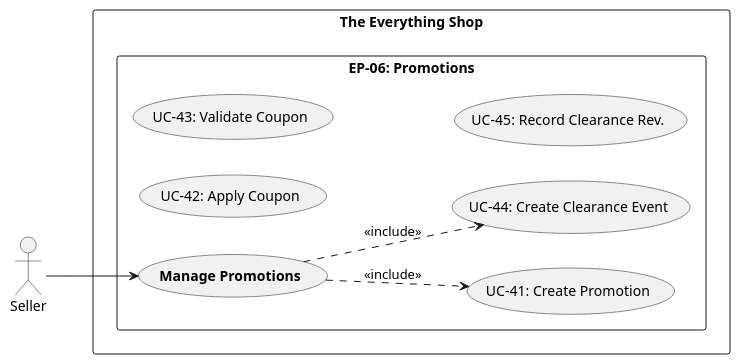
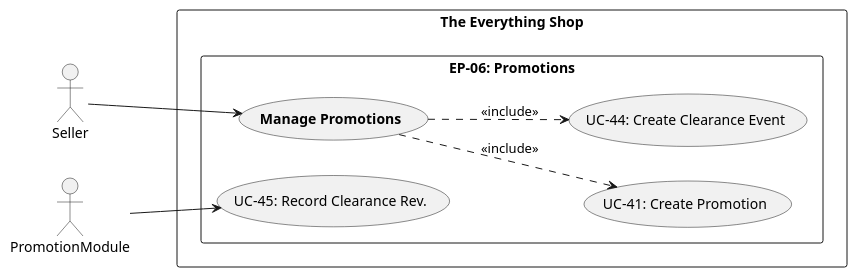
One commit to raisfordiner/the-everything-shop changed the diagram in docs/diagrams/usecases/puml/06_promotions.puml. Above: the diagram before and after it, drawn with PlantUML. The commit also changed 77 other files, not shown here.

```diff
--- a/docs/diagrams/usecases/puml/06_promotions.puml
+++ b/docs/diagrams/usecases/puml/06_promotions.puml
@@ -1,23 +1,23 @@
 @startuml
 left to right direction
 skinparam packageStyle rectangle
 
 actor Seller
+actor PromotionModule
 
 rectangle "The Everything Shop" {
   package "EP-06: Promotions" {
     usecase "**Manage Promotions**" as UC_PROMO
     usecase "UC-41: Create Promotion" as UC41
-    usecase "UC-42: Apply Coupon" as UC42
-    usecase "UC-43: Validate Coupon" as UC43
     usecase "UC-44: Create Clearance Event" as UC44
     usecase "UC-45: Record Clearance Rev." as UC45
   }
 }
 
 ' Relationships
 UC_PROMO ..> UC41 : <<include>>
 UC_PROMO ..> UC44 : <<include>>
 Seller --> UC_PROMO
+PromotionModule --> UC45
 
 @enduml
```
